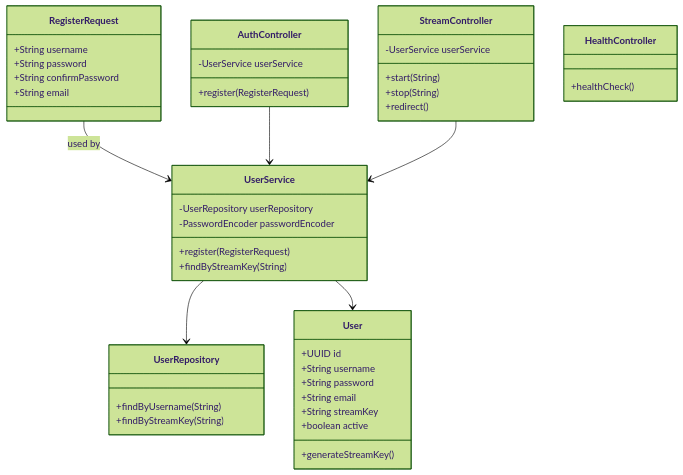
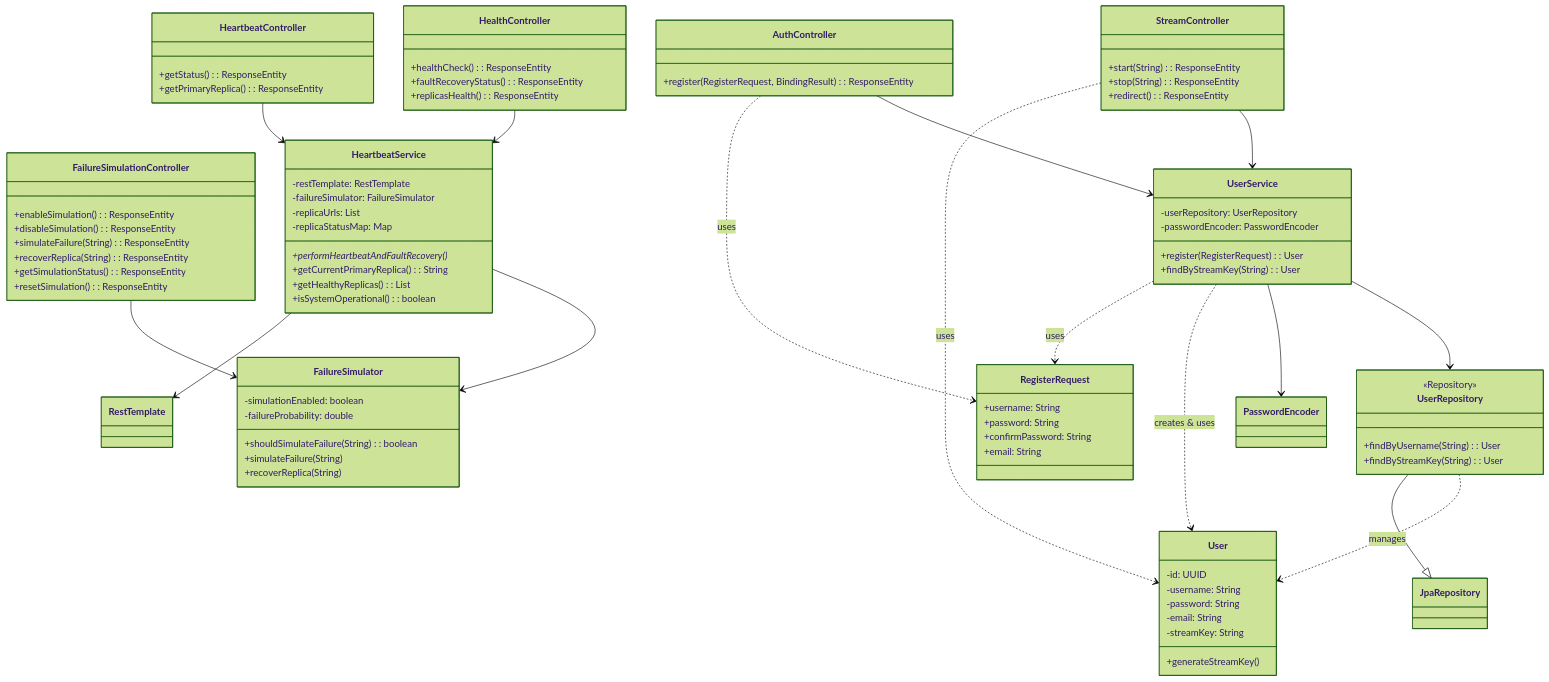
Before and after one commit to ajbarea/fault-recovery-redundancy: the diagram in docs/Livestreaming Class Diagram.md, drawn with Mermaid (forest theme). The commit also changed other lines of this file and 41 other files, not shown here.

````diff
--- a/docs/Livestreaming Class Diagram.md
+++ b/docs/Livestreaming Class Diagram.md
@@ -1,53 +3,103 @@
 ```mermaid
 classDiagram
-    class RegisterRequest {
-        +String username
-        +String password
-        +String confirmPassword
-        +String email
+    title Fault Recovery and Redundancy System
+
+    class AuthController {
+        +register(RegisterRequest, BindingResult): ResponseEntity
+    }
+    class FailureSimulationController {
+        +enableSimulation(): ResponseEntity
+        +disableSimulation(): ResponseEntity
+        +simulateFailure(String): ResponseEntity
+        +recoverReplica(String): ResponseEntity
+        +getSimulationStatus(): ResponseEntity
+        +resetSimulation(): ResponseEntity
+    }
+    class HealthController {
+        +healthCheck(): ResponseEntity
+        +faultRecoveryStatus(): ResponseEntity
+        +replicasHealth(): ResponseEntity
+    }
+    class HeartbeatController {
+        +getStatus(): ResponseEntity
+        +getPrimaryReplica(): ResponseEntity
+    }
+    class StreamController {
+        +start(String): ResponseEntity
+        +stop(String): ResponseEntity
+        +redirect(): ResponseEntity
+    }
+
+    class UserService {
+        -userRepository: UserRepository
+        -passwordEncoder: PasswordEncoder
+        +register(RegisterRequest): User
+        +findByStreamKey(String): User
+    }
+    class HeartbeatService {
+        -restTemplate: RestTemplate
+        -failureSimulator: FailureSimulator
+        -replicaUrls: List
+        -replicaStatusMap: Map
+        +performHeartbeatAndFaultRecovery()*
+        +getCurrentPrimaryReplica(): String
+        +getHealthyReplicas(): List
+        +isSystemOperational(): boolean
+    }
+    class FailureSimulator {
+        -simulationEnabled: boolean
+        -failureProbability: double
+        +shouldSimulateFailure(String): boolean
+        +simulateFailure(String)
+        +recoverReplica(String)
     }
 
     class User {
-        +UUID id
-        +String username
-        +String password
-        +String email
-        +String streamKey
-        +boolean active
+        -id: UUID
+        -username: String
+        -password: String
+        -email: String
+        -streamKey: String
         +generateStreamKey()
     }
+    class RegisterRequest {
+        +username: String
+        +password: String
+        +confirmPassword: String
+        +email: String
+    }
+    class UserRepository {
+        +findByUsername(String): User
+        +findByStreamKey(String): User
+    }
+    <<Repository>> UserRepository
+    
+    class JpaRepository
+    class RestTemplate
+    class PasswordEncoder
 
-    class UserRepository {
-        +findByUsername(String)
-        +findByStreamKey(String)
-    }
+    %% --- Relationships ---
 
-    class UserService {
-        -UserRepository userRepository
-        -PasswordEncoder passwordEncoder
-        +register(RegisterRequest)
-        +findByStreamKey(String)
-    }
+    %% Controller Dependencies
+    AuthController --> UserService
+    FailureSimulationController --> FailureSimulator
+    HealthController --> HeartbeatService
+    HeartbeatController --> HeartbeatService
+    StreamController --> UserService
 
-    class AuthController {
-        -UserService userService
-        +register(RegisterRequest)
-    }
+    %% Service Dependencies
+    UserService --> UserRepository
+    UserService --> PasswordEncoder
+    HeartbeatService --> FailureSimulator
+    HeartbeatService --> RestTemplate
 
-    class StreamController {
-        -UserService userService
-        +start(String)
-        +stop(String)
-        +redirect()
-    }
+    %% Data Layer
+    UserService ..> User : creates & uses
+    StreamController ..> User : uses
+    UserRepository ..> User : manages
+    UserRepository --|> JpaRepository
 
-    class HealthController {
-        +healthCheck()
-    }
-
-    RegisterRequest --> UserService : used by
-    UserService --> UserRepository
-    UserService --> User
-    AuthController --> UserService
-    StreamController --> UserService
+    %% DTO Usage
+    AuthController ..> RegisterRequest : uses
+    UserService ..> RegisterRequest : uses
 ```
````
